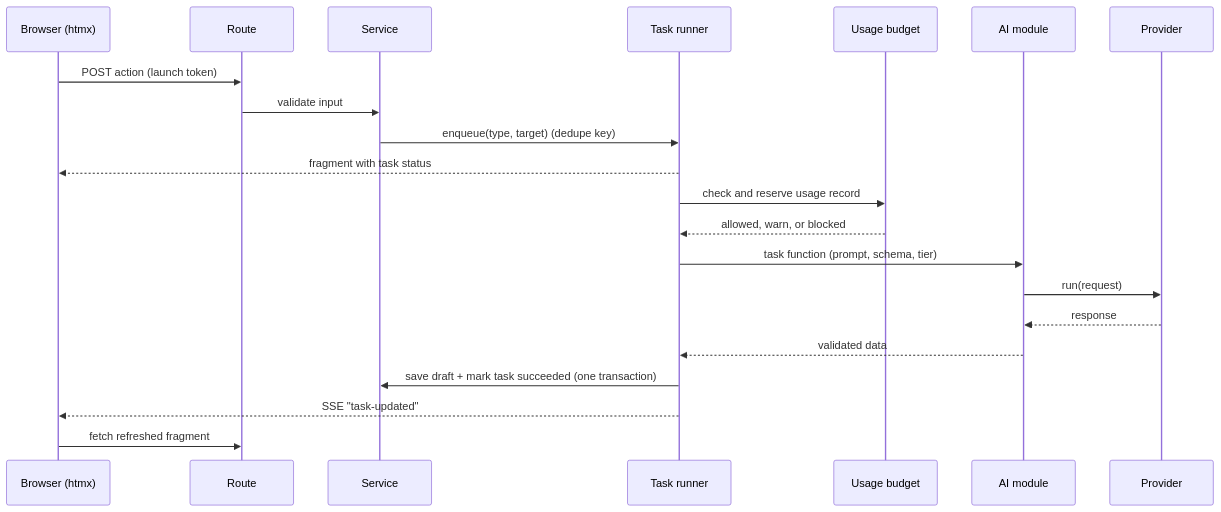
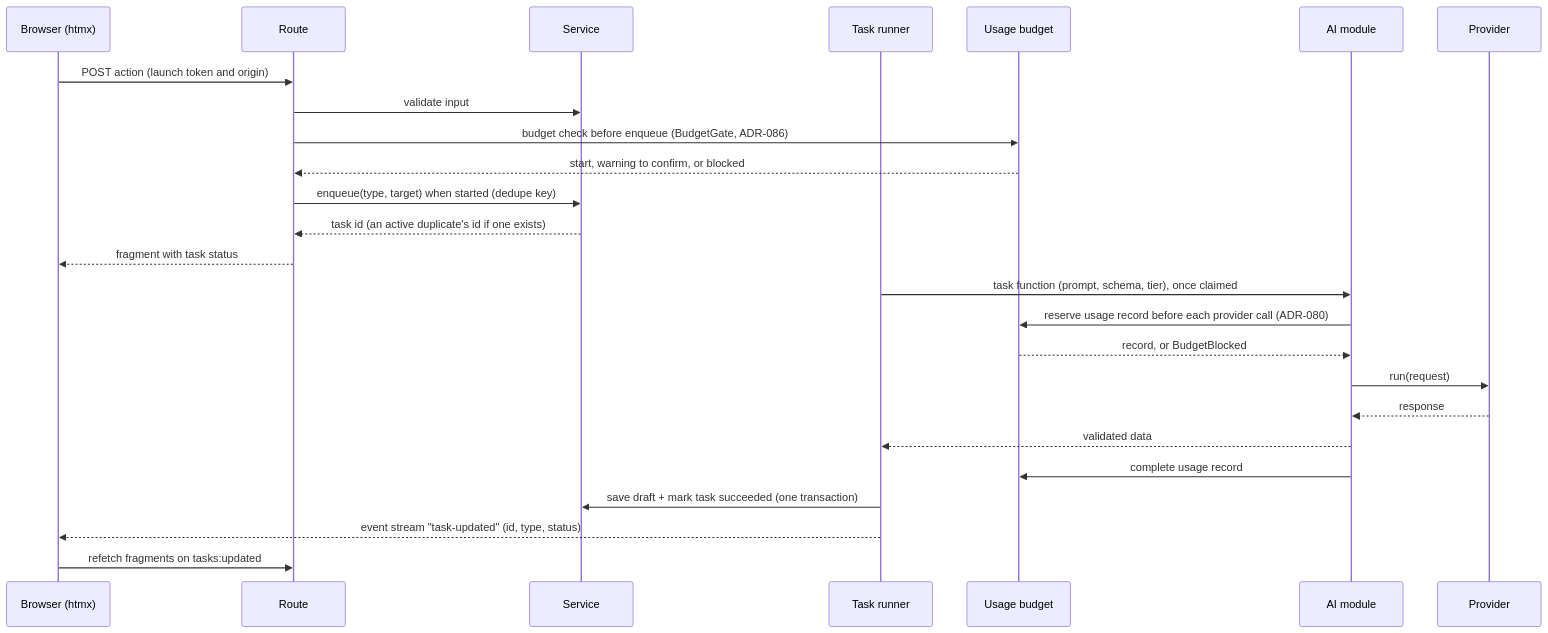
The third of 5 diagrams in docs/TECHNICAL_SPEC.md (goncalodasilva/job-pipeline), drawn with Mermaid before and after one commit. The commit also changed other lines of this file and 7 other files, not shown here.

````diff
--- a/docs/TECHNICAL_SPEC.md
+++ b/docs/TECHNICAL_SPEC.md
@@ -235,23 +250,27 @@
 ```mermaid
 sequenceDiagram
   participant B as Browser (htmx)
   participant R as Route
   participant S as Service
   participant T as Task runner
   participant U as Usage budget
   participant A as AI module
   participant P as Provider
-  B->>R: POST action (launch token)
+  B->>R: POST action (launch token and origin)
   R->>S: validate input
-  S->>T: enqueue(type, target) (dedupe key)
-  T-->>B: fragment with task status
-  T->>U: check and reserve usage record
-  U-->>T: allowed, warn, or blocked
-  T->>A: task function (prompt, schema, tier)
+  R->>U: budget check before enqueue (BudgetGate, ADR-086)
+  U-->>R: start, warning to confirm, or blocked
+  R->>S: enqueue(type, target) when started (dedupe key)
+  S-->>R: task id (an active duplicate's id if one exists)
+  R-->>B: fragment with task status
+  T->>A: task function (prompt, schema, tier), once claimed
+  A->>U: reserve usage record before each provider call (ADR-080)
+  U-->>A: record, or BudgetBlocked
   A->>P: run(request)
   P-->>A: response
   A-->>T: validated data
+  A->>U: complete usage record
   T->>S: save draft + mark task succeeded (one transaction)
-  T-->>B: SSE "task-updated"
-  B->>R: fetch refreshed fragment
+  T-->>B: event stream "task-updated" (id, type, status)
+  B->>R: refetch fragments on tasks:updated
 ```
````
